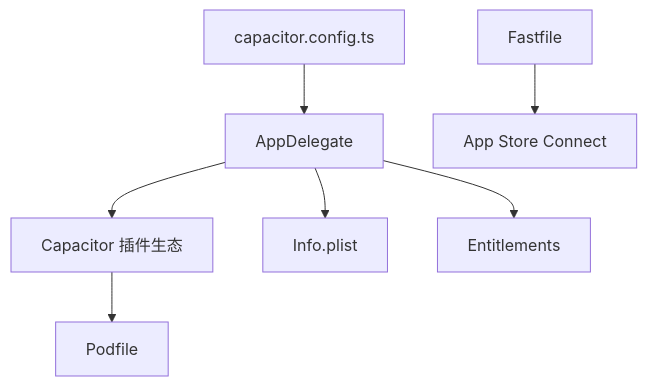
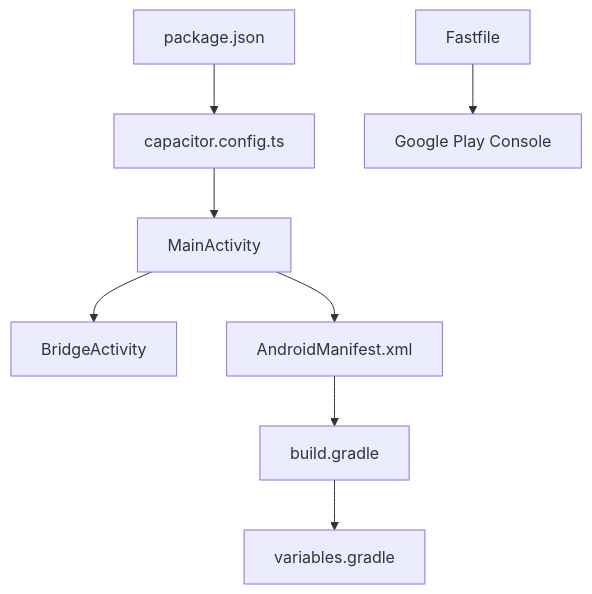
One commit to dingxyang/Macro-Deck-Client-App changed the seventh of 7 diagrams in .qoder/repowiki/zh/content/原生平台集成/iOS平台集成.md. Above: the diagram before and after it, drawn with Mermaid. The commit also changed other lines of this file and 47 other files, not shown here.

````diff
--- a/.qoder/repowiki/zh/content/原生平台集成/iOS平台集成.md
+++ b/.qoder/repowiki/zh/content/原生平台集成/iOS平台集成.md
@@ -321,9 +330,10 @@
 ```mermaid
 graph TB
-A["AppDelegate"] --> B["Capacitor 插件生态"]
-A --> C["Info.plist"]
-A --> D["Entitlements"]
-B --> E["Podfile"]
+A["MainActivity"] --> B["BridgeActivity"]
+A --> C["AndroidManifest.xml"]
+C --> D["build.gradle"]
+D --> E["variables.gradle"]
 F["capacitor.config.ts"] --> A
-G["Fastfile"] --> H["App Store Connect"]
+G["Fastfile"] --> H["Google Play Console"]
+I["package.json"] --> F
 ```
````
